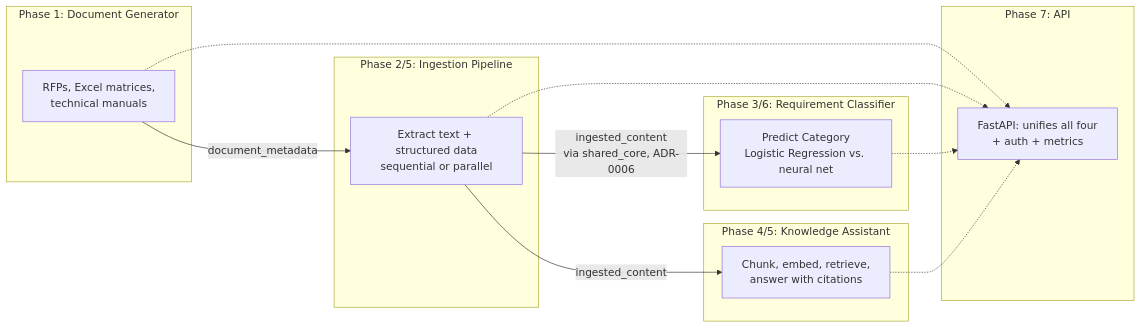
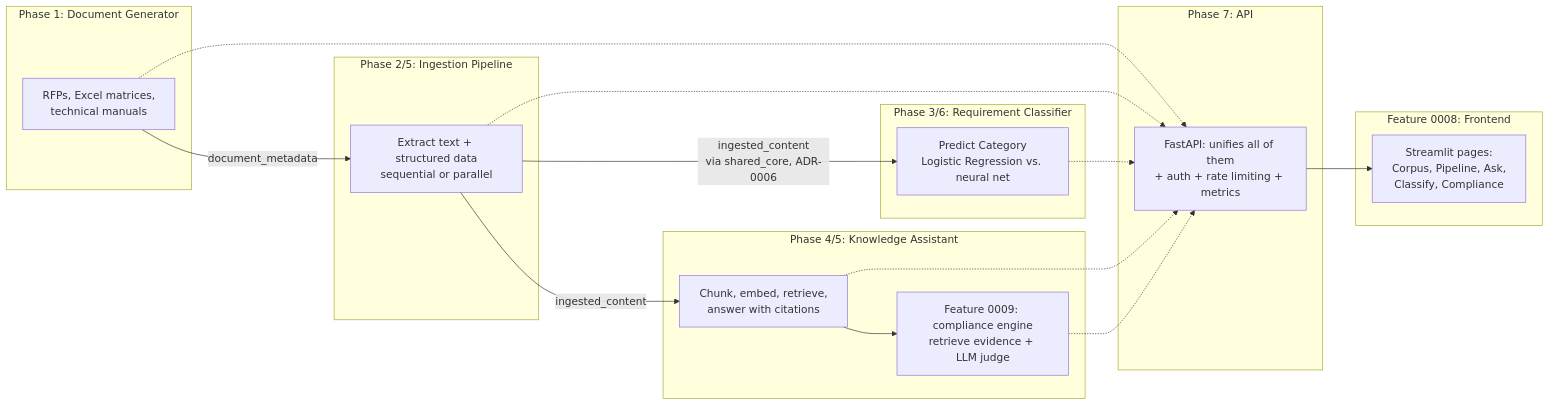
The diagram in docs/architecture/SYSTEM_OVERVIEW.md (funk1090/ai-solution-architect-portfolio), drawn with Mermaid before and after one commit. The commit also changed other lines of this file and 6 other files, not shown here.

Commit message:
docs(0010): final architecture diagram, README quick start with Docker, system overview, release notes v0.9.0

````diff
--- a/docs/architecture/SYSTEM_OVERVIEW.md
+++ b/docs/architecture/SYSTEM_OVERVIEW.md
@@ -17,31 +18,39 @@
 ```mermaid
 flowchart LR
     subgraph P1["Phase 1: Document Generator"]
         Gen[RFPs, Excel matrices,\ntechnical manuals]
     end
 
     subgraph P2["Phase 2/5: Ingestion Pipeline"]
         Ingest[Extract text + structured data\nsequential or parallel]
     end
 
     subgraph P3["Phase 3/6: Requirement Classifier"]
         Classify[Predict Category\nLogistic Regression vs. neural net]
     end
 
     subgraph P4["Phase 4/5: Knowledge Assistant"]
         RAG[Chunk, embed, retrieve,\nanswer with citations]
+        Comp[Feature 0009: compliance engine\nretrieve evidence + LLM judge]
     end
 
     subgraph P7["Phase 7: API"]
-        API[FastAPI: unifies all four\n+ auth + metrics]
+        API[FastAPI: unifies all of them\n+ auth + rate limiting + metrics]
+    end
+
+    subgraph P8["Feature 0008: Frontend"]
+        UI[Streamlit pages:\nCorpus, Pipeline, Ask,\nClassify, Compliance]
     end
 
     Gen -->|document_metadata| Ingest
     Ingest -->|ingested_content\nvia shared_core, ADR-0006| Classify
     Ingest -->|ingested_content| RAG
+    RAG --> Comp
 
     Gen -.-> API
     Ingest -.-> API
     Classify -.-> API
     RAG -.-> API
+    Comp -.-> API
+    API --> UI
 ```
````
